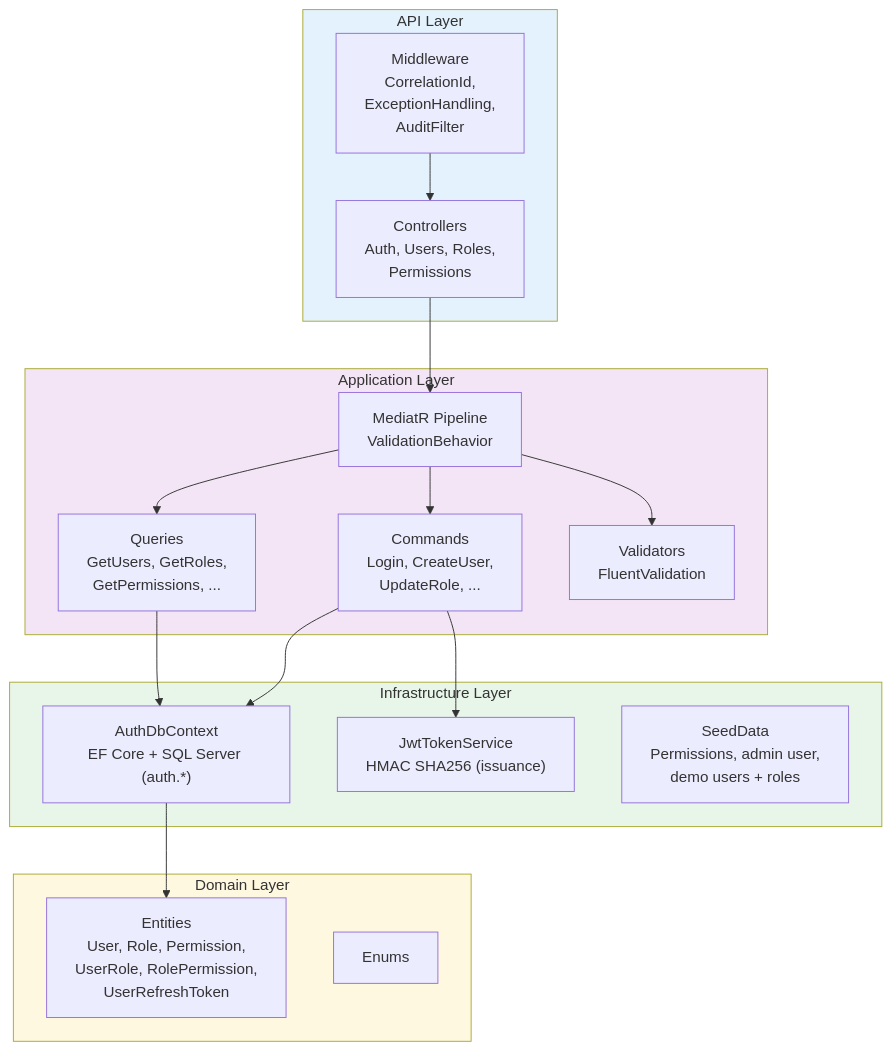
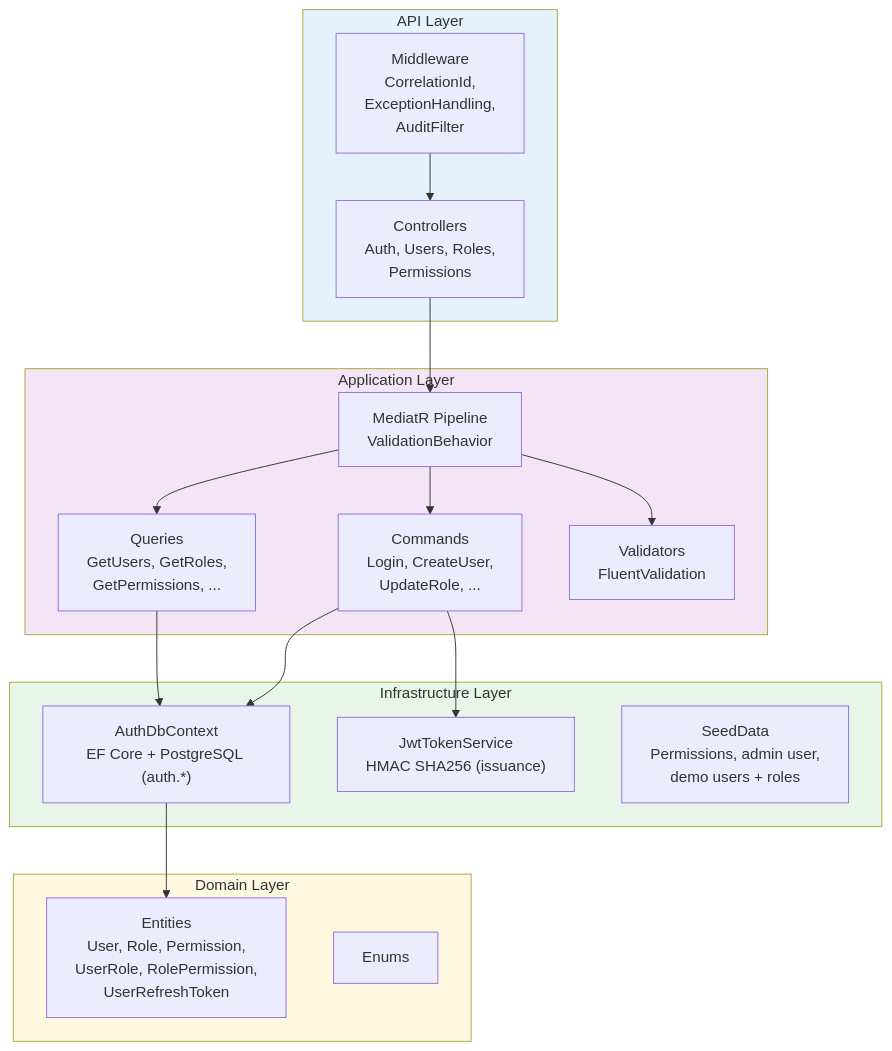
One commit to bebeleeloo/backoffice changed the fourth of 5 diagrams in docs/architecture/02-system-context.md. Above: the diagram before and after it, drawn with Mermaid. The commit also changed other lines of this file and 125 other files, not shown here.

First line of the commit message:
Migrate from MS SQL Server to PostgreSQL 16

````diff
--- a/docs/architecture/02-system-context.md
+++ b/docs/architecture/02-system-context.md
@@ -130,40 +130,40 @@
 ```mermaid
 flowchart TB
     subgraph API["API Layer"]
         controllers["Controllers<br/>Auth, Users, Roles,<br/>Permissions"]
         middleware["Middleware<br/>CorrelationId,<br/>ExceptionHandling,<br/>AuditFilter"]
     end
 
     subgraph App["Application Layer"]
         commands["Commands<br/>Login, CreateUser,<br/>UpdateRole, ..."]
         queries["Queries<br/>GetUsers, GetRoles,<br/>GetPermissions, ..."]
         validators["Validators<br/>FluentValidation"]
         pipeline["MediatR Pipeline<br/>ValidationBehavior"]
     end
 
     subgraph Domain["Domain Layer"]
         entities["Entities<br/>User, Role, Permission,<br/>UserRole, RolePermission,<br/>UserRefreshToken"]
         enums["Enums"]
     end
 
     subgraph Infra["Infrastructure Layer"]
-        dbcontext["AuthDbContext<br/>EF Core + SQL Server (auth.*)"]
+        dbcontext["AuthDbContext<br/>EF Core + PostgreSQL (auth.*)"]
         jwt["JwtTokenService<br/>HMAC SHA256 (issuance)"]
         seed["SeedData<br/>Permissions, admin user,<br/>demo users + roles"]
     end
 
     controllers --> pipeline
     pipeline --> validators
     pipeline --> commands
     pipeline --> queries
     commands --> dbcontext
     commands --> jwt
     queries --> dbcontext
     middleware --> controllers
     dbcontext --> entities
 
     style API fill:#e3f2fd
     style App fill:#f3e5f5
     style Domain fill:#fff8e1
     style Infra fill:#e8f5e9
 ```
````
